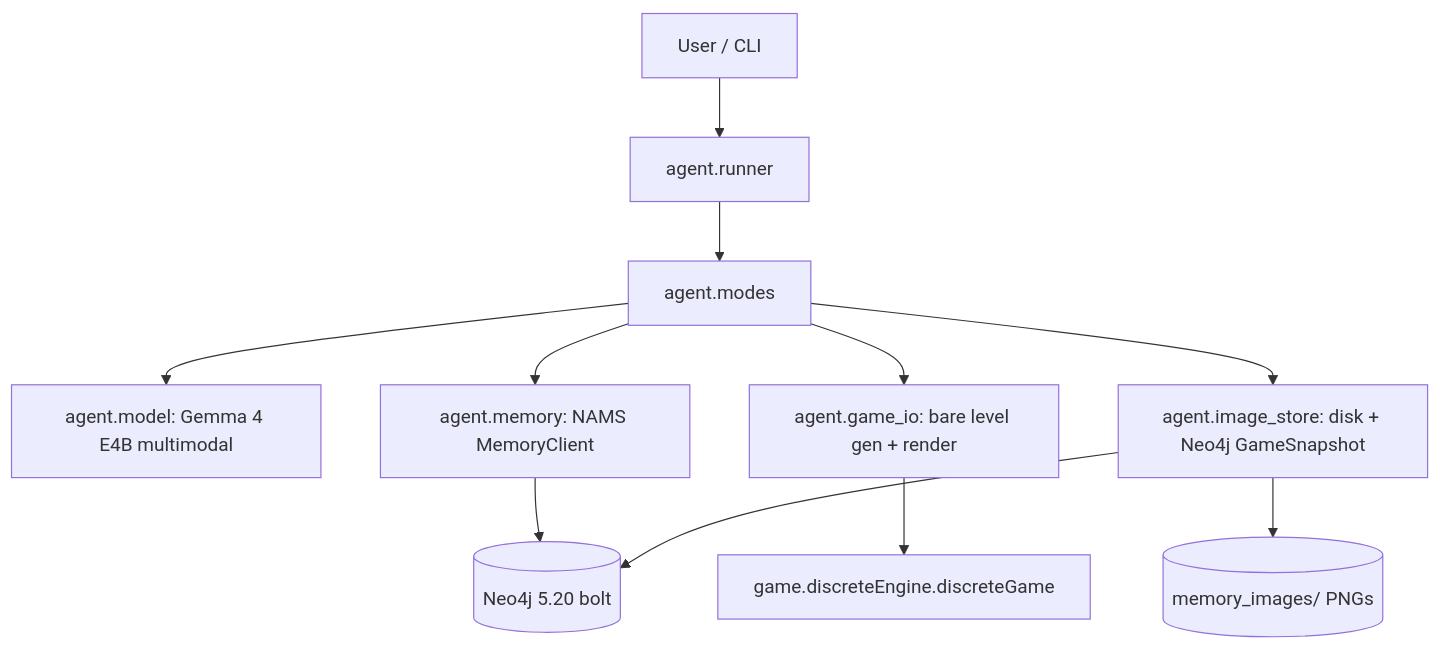
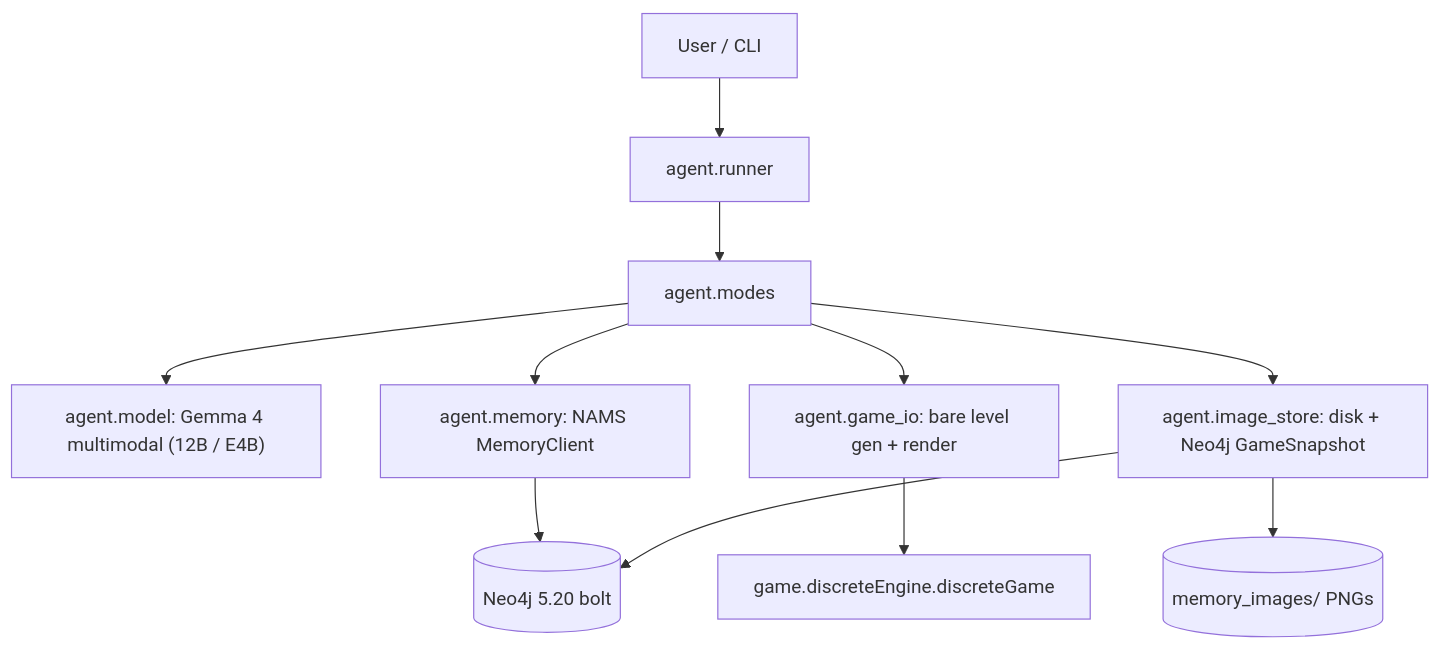
One commit to atbolsh/game_saddle changed the first of 2 diagrams in README.md. Above: the diagram before and after it, drawn with Mermaid. The commit also changed other lines of this file and 14 other files, not shown here.

````diff
--- a/README.md
+++ b/README.md
@@ -35,13 +36,13 @@
 ```mermaid
 flowchart TD
     User["User / CLI"] --> Runner["agent.runner"]
     Runner --> Modes["agent.modes"]
-    Modes --> Model["agent.model: Gemma 4 E4B multimodal"]
+    Modes --> Model["agent.model: Gemma 4 multimodal (12B / E4B)"]
     Modes --> Memory["agent.memory: NAMS MemoryClient"]
     Modes --> GameIO["agent.game_io: bare level gen + render"]
     Modes --> ImgStore["agent.image_store: disk + Neo4j GameSnapshot"]
     Memory --> Neo4j[("Neo4j 5.20 bolt")]
     ImgStore --> Neo4j
     ImgStore --> Disk[("memory_images/ PNGs")]
     GameIO --> Engine["game.discreteEngine.discreteGame"]
 ```
````
